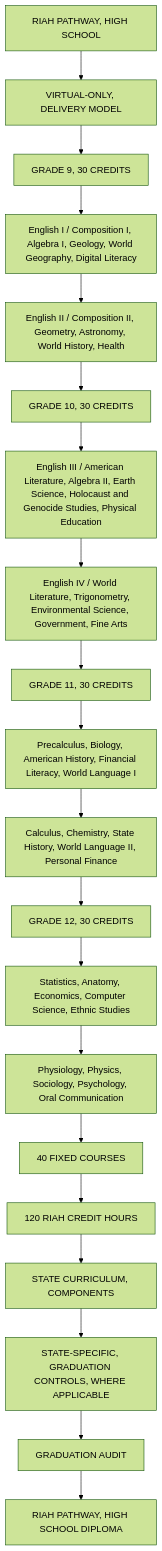
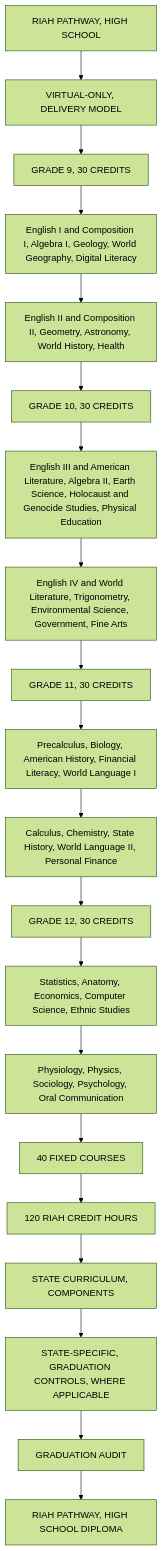
Before and after one commit to RIAHPathway/Website-Draft: diagram 15 of 29 in RIAH-PATHWAY-CURRICULUM-STRUCTURE/RIAH-PATHWAY-HIGH-SCHOOL-STRUCTURE/HIGH-SCHOOL-STRUCTURE.md, drawn with Mermaid (forest theme). The commit also changed other lines of this file, not shown here.

Commit message:
Repair High School Mermaid rendering compatibility

````diff
--- a/RIAH-PATHWAY-CURRICULUM-STRUCTURE/RIAH-PATHWAY-HIGH-SCHOOL-STRUCTURE/HIGH-SCHOOL-STRUCTURE.md
+++ b/RIAH-PATHWAY-CURRICULUM-STRUCTURE/RIAH-PATHWAY-HIGH-SCHOOL-STRUCTURE/HIGH-SCHOOL-STRUCTURE.md
@@ -725,42 +725,42 @@
 ```mermaid
-flowchart TD
+graph TD
     FLOW_0["RIAH PATHWAY, HIGH SCHOOL"]
     FLOW_1["VIRTUAL-ONLY, DELIVERY MODEL"]
     FLOW_2["GRADE 9, 30 CREDITS"]
-    FLOW_3["English I / Composition I, Algebra I, Geology, World Geography, Digital Literacy"]
-    FLOW_4["English II / Composition II, Geometry, Astronomy, World History, Health"]
+    FLOW_3["English I and Composition I, Algebra I, Geology, World Geography, Digital Literacy"]
+    FLOW_4["English II and Composition II, Geometry, Astronomy, World History, Health"]
     FLOW_5["GRADE 10, 30 CREDITS"]
-    FLOW_6["English III / American Literature, Algebra II, Earth Science, Holocaust and Genocide Studies, Physical Education"]
-    FLOW_7["English IV / World Literature, Trigonometry, Environmental Science, Government, Fine Arts"]
+    FLOW_6["English III and American Literature, Algebra II, Earth Science, Holocaust and Genocide Studies, Physical Education"]
+    FLOW_7["English IV and World Literature, Trigonometry, Environmental Science, Government, Fine Arts"]
     FLOW_8["GRADE 11, 30 CREDITS"]
     FLOW_9["Precalculus, Biology, American History, Financial Literacy, World Language I"]
     FLOW_10["Calculus, Chemistry, State History, World Language II, Personal Finance"]
     FLOW_11["GRADE 12, 30 CREDITS"]
     FLOW_12["Statistics, Anatomy, Economics, Computer Science, Ethnic Studies"]
     FLOW_13["Physiology, Physics, Sociology, Psychology, Oral Communication"]
     FLOW_14["40 FIXED COURSES"]
     FLOW_15["120 RIAH CREDIT HOURS"]
     FLOW_16["STATE CURRICULUM, COMPONENTS"]
     FLOW_17["STATE-SPECIFIC, GRADUATION CONTROLS, WHERE APPLICABLE"]
     FLOW_18["GRADUATION AUDIT"]
     FLOW_19["RIAH PATHWAY, HIGH SCHOOL DIPLOMA"]
     FLOW_0 --> FLOW_1
     FLOW_1 --> FLOW_2
     FLOW_2 --> FLOW_3
     FLOW_3 --> FLOW_4
     FLOW_4 --> FLOW_5
     FLOW_5 --> FLOW_6
     FLOW_6 --> FLOW_7
     FLOW_7 --> FLOW_8
     FLOW_8 --> FLOW_9
     FLOW_9 --> FLOW_10
     FLOW_10 --> FLOW_11
     FLOW_11 --> FLOW_12
     FLOW_12 --> FLOW_13
     FLOW_13 --> FLOW_14
     FLOW_14 --> FLOW_15
     FLOW_15 --> FLOW_16
     FLOW_16 --> FLOW_17
     FLOW_17 --> FLOW_18
     FLOW_18 --> FLOW_19
 ```
````
